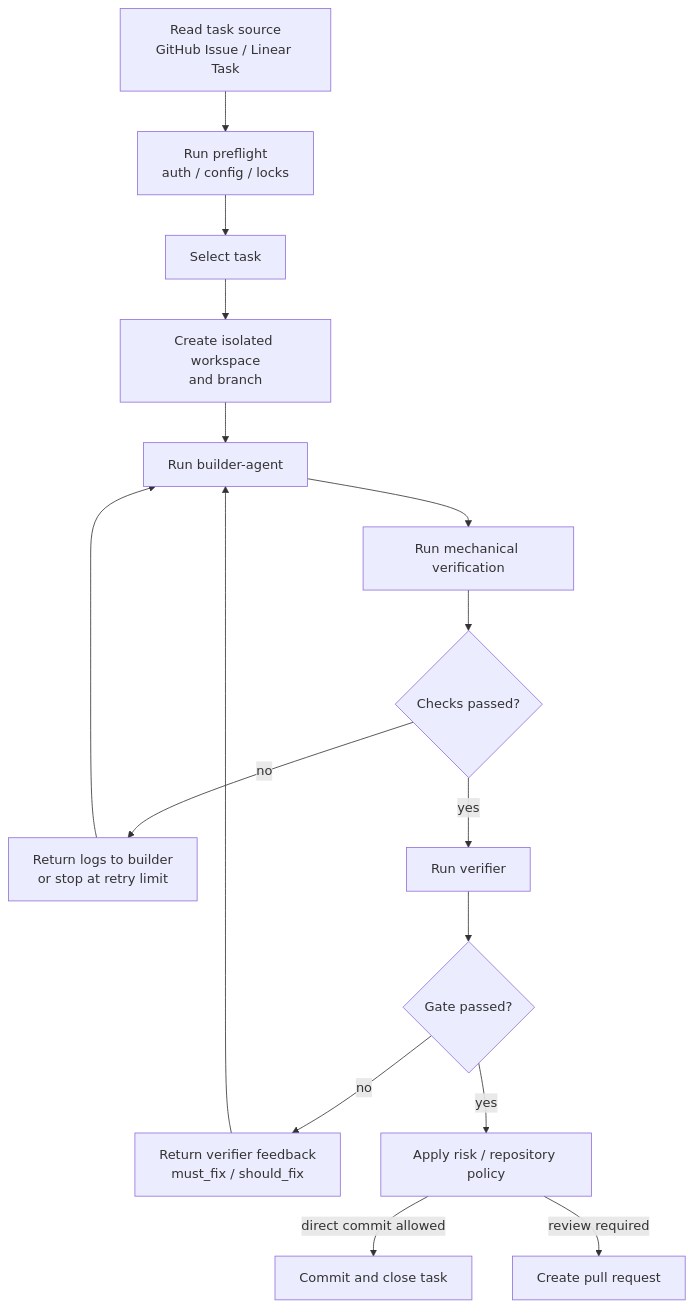
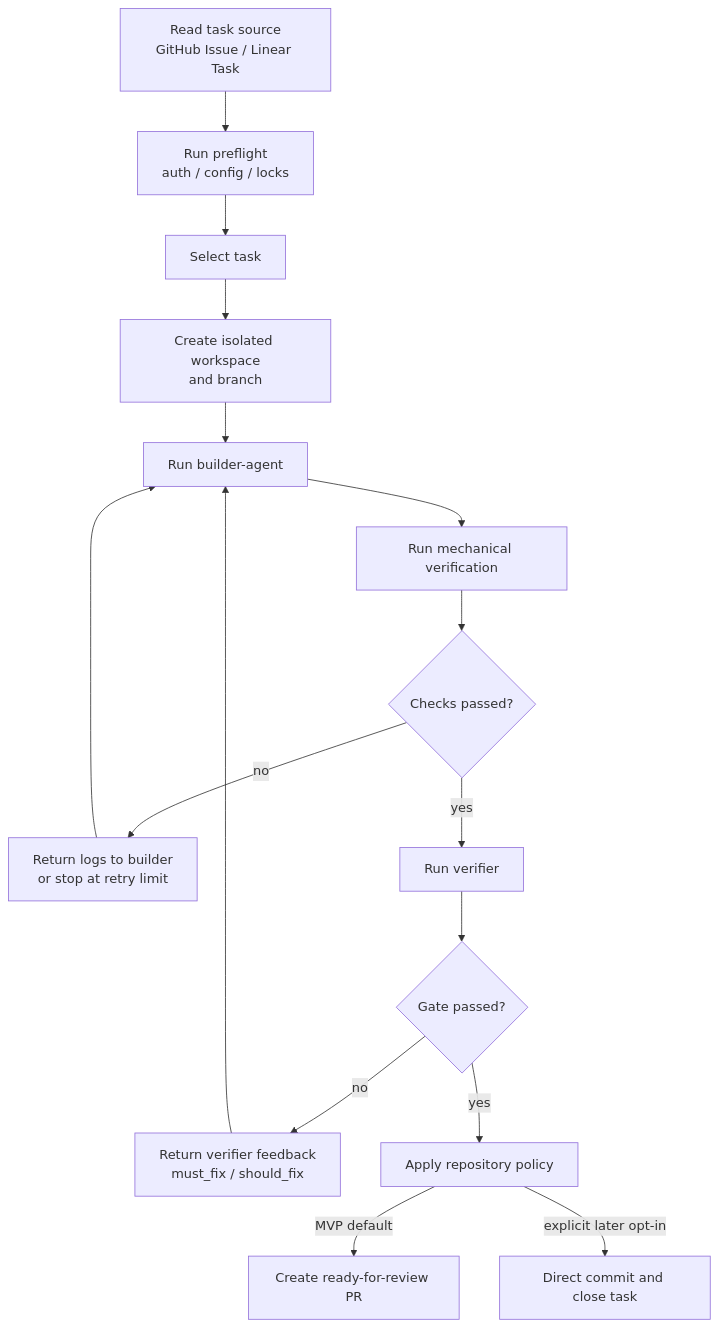
Before and after one commit to kaizen-agents-org/.github: the third of 10 diagrams in docs/architecture.md, drawn with Mermaid. The commit also changed other lines of this file and 3 other files, not shown here.

````diff
--- a/docs/architecture.md
+++ b/docs/architecture.md
@@ -74,22 +74,22 @@
 ```mermaid
 flowchart TB
     KL1["Read task source<br/>GitHub Issue / Linear Task"] --> KL2["Run preflight<br/>auth / config / locks"]
     KL2 --> KL3["Select task"]
     KL3 --> KL4["Create isolated workspace<br/>and branch"]
     KL4 --> KL5["Run builder-agent"]
     KL5 --> KL6["Run mechanical verification"]
     KL6 --> KL7{"Checks passed?"}
 
     KL7 -->|no| KL8["Return logs to builder<br/>or stop at retry limit"]
     KL8 --> KL5
 
     KL7 -->|yes| KL9["Run verifier"]
     KL9 --> KL10{"Gate passed?"}
 
     KL10 -->|no| KL11["Return verifier feedback<br/>must_fix / should_fix"]
     KL11 --> KL5
 
-    KL10 -->|yes| KL12["Apply risk / repository policy"]
-    KL12 -->|direct commit allowed| KL13["Commit and close task"]
-    KL12 -->|review required| KL14["Create pull request"]
+    KL10 -->|yes| KL12["Apply repository policy"]
+    KL12 -->|MVP default| KL14["Create ready-for-review PR"]
+    KL12 -->|explicit later opt-in| KL13["Direct commit and close task"]
 ```
````
